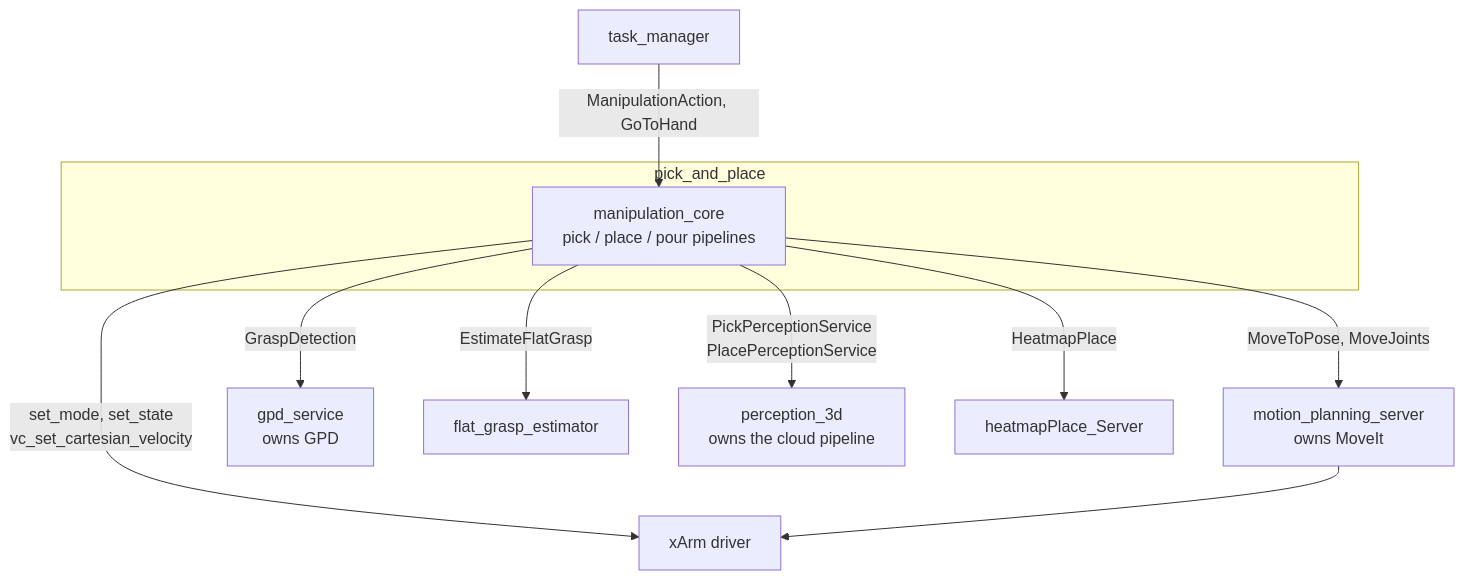
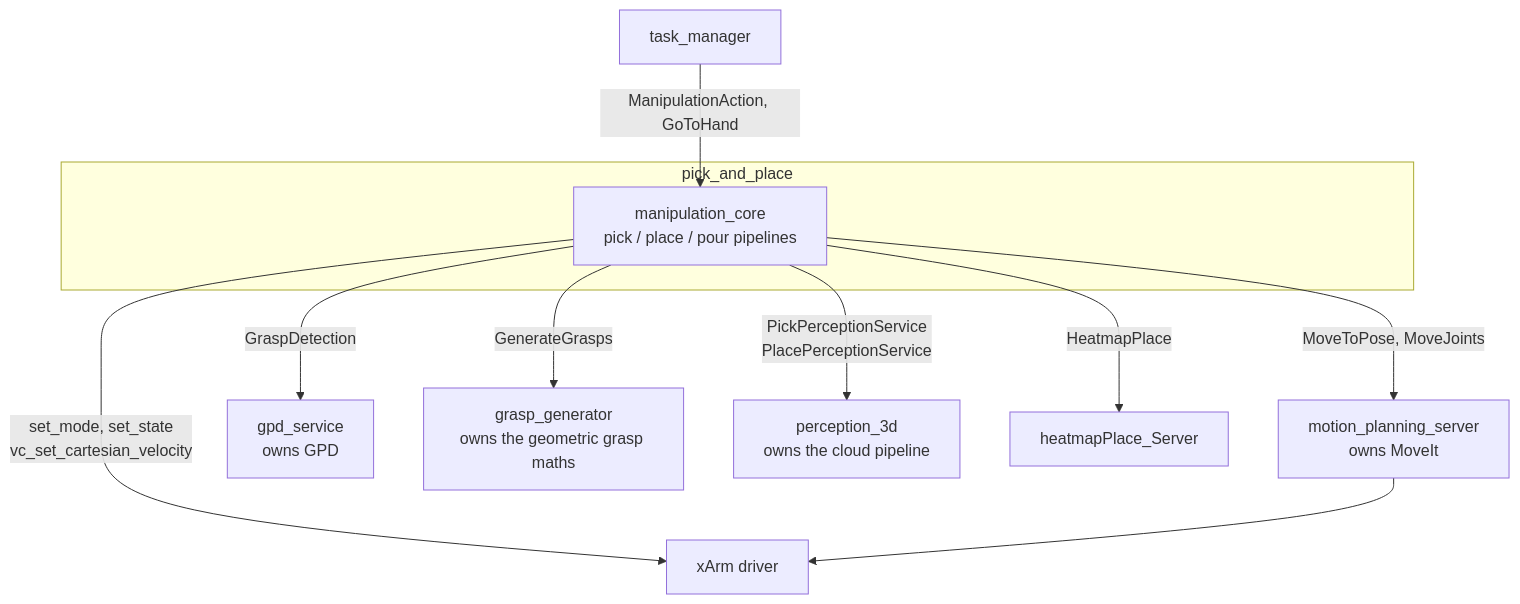
Before and after one commit to RoBorregos/home2: the first of 3 diagrams in manipulation/packages/pick_and_place/README.md, drawn with Mermaid. The commit also changed other lines of this file and 19 other files, not shown here.

Commit message:
remove old flat grasp estimator update, constants, comments and object mismatch preview

````diff
--- a/manipulation/packages/pick_and_place/README.md
+++ b/manipulation/packages/pick_and_place/README.md
@@ -23,17 +23,17 @@
 ```mermaid
 flowchart TD
     tm[task_manager] -->|ManipulationAction, GoToHand| core
 
     subgraph pkg[pick_and_place]
         core[manipulation_core<br/>pick / place / pour pipelines]
     end
 
     core -->|MoveToPose, MoveJoints| mp[motion_planning_server<br/>owns MoveIt]
     core -->|GraspDetection| gpd[gpd_service<br/>owns GPD]
-    core -->|EstimateFlatGrasp| fge[flat_grasp_estimator]
+    core -->|GenerateGrasps| gen[grasp_generator<br/>owns the geometric grasp maths]
     core -->|PickPerceptionService<br/>PlacePerceptionService| p3d[perception_3d<br/>owns the cloud pipeline]
     core -->|HeatmapPlace| hm[heatmapPlace_Server]
     core -->|set_mode, set_state<br/>vc_set_cartesian_velocity| xarm[xArm driver]
 
     mp --> xarm
 ```
````
